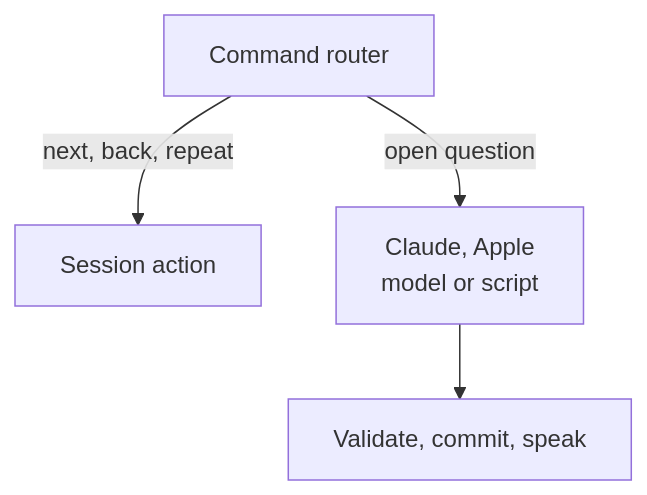
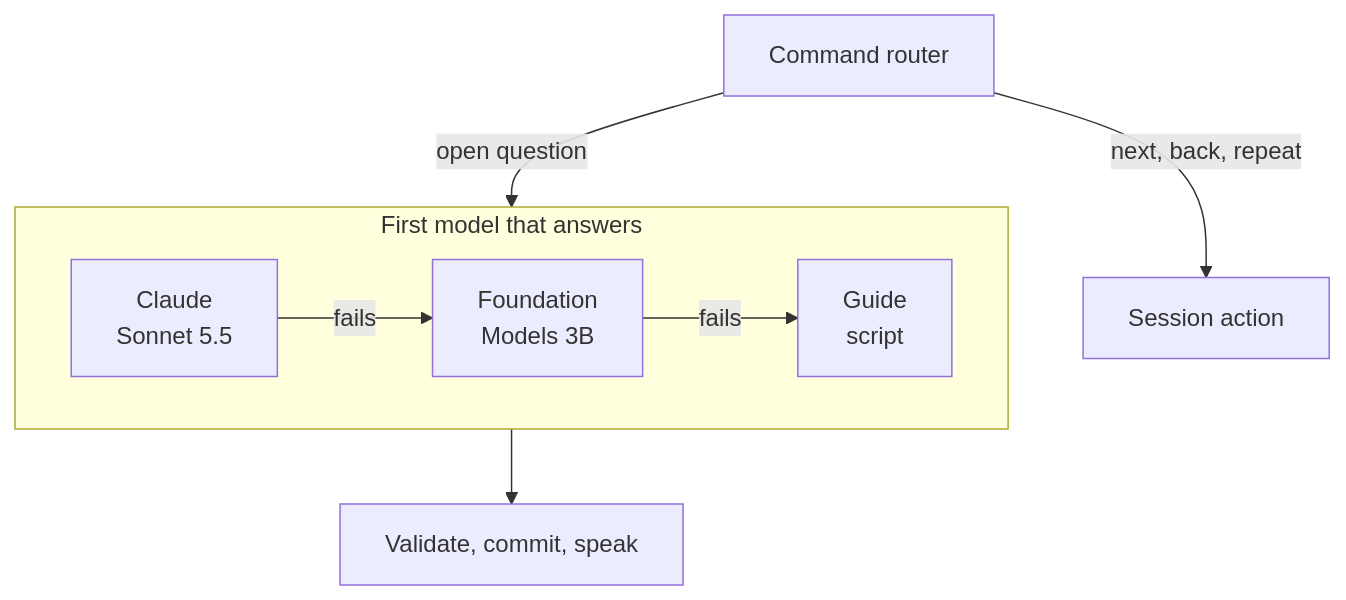
Before and after one commit to Xget7/splat-field-guide: the second of 3 diagrams in README.md, drawn with Mermaid. The commit also changed other lines of this file and 1 other file, not shown here.

Commit message:
Name the exact models and move the splat pipeline into its package README

````diff
--- a/README.md
+++ b/README.md
@@ -50,6 +41,11 @@
 ```mermaid
 flowchart TB
   router["Command router"] -->|"next, back, repeat"| action["Session action"]
-  router -->|"open question"| models["Claude, Apple<br/>model or script"]
-  models --> commit["Validate, commit, speak"]
+  router -->|"open question"| Answer
+  subgraph Answer["First model that answers"]
+    direction LR
+    claude["Claude<br/>Sonnet 5.5"] -->|"fails"| apple["Foundation<br/>Models 3B"]
+    apple -->|"fails"| script["Guide<br/>script"]
+  end
+  Answer --> commit["Validate, commit, speak"]
 ```
````
